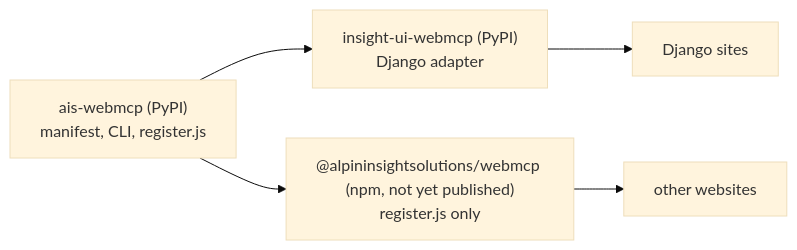
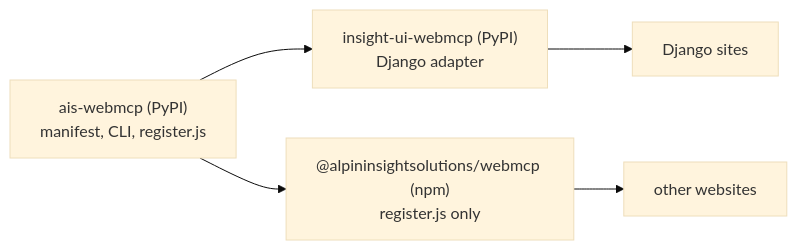
Before and after one commit to alpininsight/ais-webmcp: the diagram in README.md, drawn with Mermaid (base theme). The commit also changed other lines of this file and 3 other files, not shown here.

````diff
--- a/README.md
+++ b/README.md
@@ -44,10 +45,10 @@
 ```mermaid
 flowchart LR
   Core["ais-webmcp (PyPI)<br/>manifest, CLI, register.js"]
   Django["insight-ui-webmcp (PyPI)<br/>Django adapter"]
-  NPM["@alpininsightsolutions/webmcp (npm, not yet published)<br/>register.js only"]
+  NPM["@alpininsightsolutions/webmcp (npm)<br/>register.js only"]
   Core --> Django
   Core --> NPM
   Django --> S1["Django sites"]
   NPM --> S2["other websites"]
 ```
````
